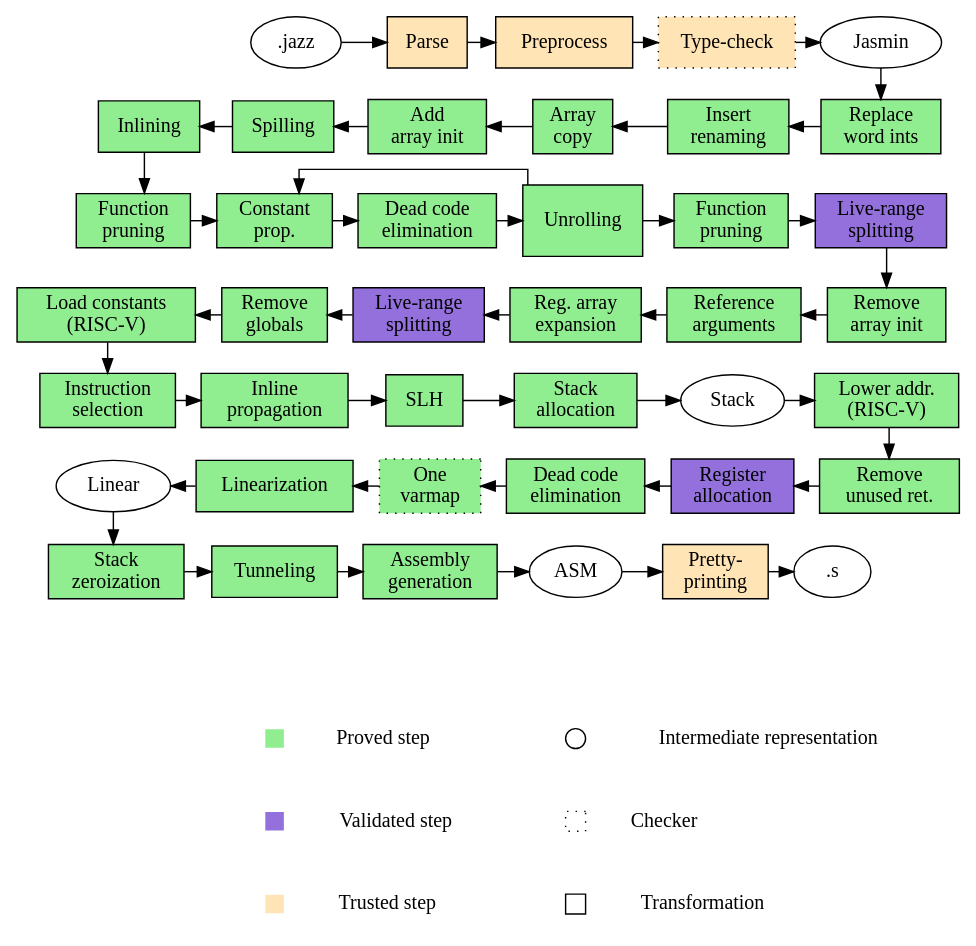
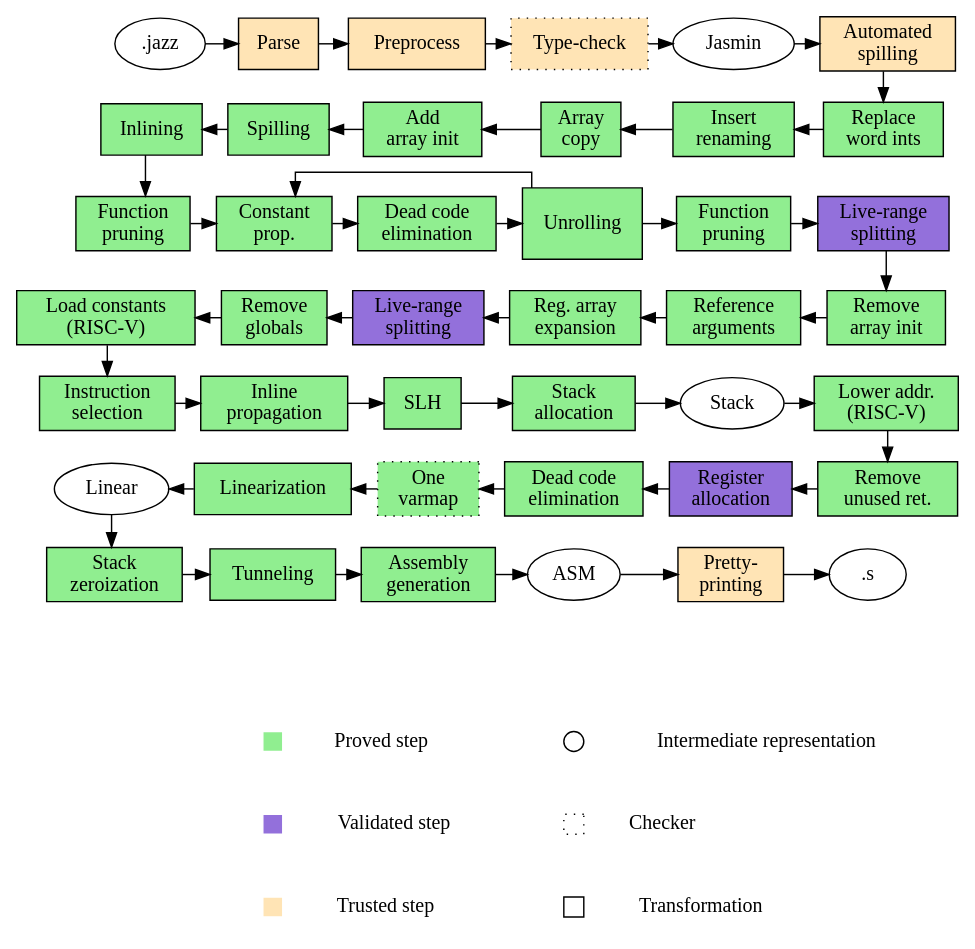
The diagram in docs/source/compiler/passes/passes.dot (jasmin-lang/jasmin), drawn with Graphviz before and after one commit. The commit also changed 1 other file, not shown here.

Commit message:
doc: add auto_spill to the list of passes

```diff
--- a/docs/source/compiler/passes/passes.dot
+++ b/docs/source/compiler/passes/passes.dot
@@ -1,195 +1,200 @@
 digraph {
   ranksep=.3;
   graph [splines=ortho];
   // Disable tooltip by default
   node[shape=box, style=filled, colorscheme=SVG, tooltip=" "];
 
 // Nodes
 jazz[label=".jazz",shape=oval,fillcolor=white];
 parse[label="Parse",fillcolor=moccasin];
 preprocess[label="Preprocess",fillcolor=moccasin];
 typing[label="Type-check",style="filled,dotted",fillcolor=moccasin];
 jasmin[label="Jasmin",shape=oval,fillcolor=white];
 
+autospill[label="Automated\nspilling",fillcolor=moccasin,href="auto_spill.html",target="_top",tooltip="Insert spilling automatically (experimental)"];
 wintword[label="Replace\nword ints",fillcolor=lightgreen,href="wint_word.html",target="_top",tooltip="Replace word ints"];
 renaming[label="Insert\nrenaming",fillcolor=lightgreen,href="insert_renaming.html",target="_top",tooltip="Insert renaming"];
 arraycopy[label="Array\ncopy",fillcolor=lightgreen,href="array_copy.html",target="_top",tooltip="Array copy"];
 addarrinit[label="Add\narray init",fillcolor=lightgreen,href="array_init.html",target="_top",tooltip="Add array init"];
 lowerspill[label="Spilling",fillcolor=lightgreen,href="lower_spill.html",target="_top",tooltip="Lowering of spills"];
 inline[label="Inlining",fillcolor=lightgreen,href="function_inlining.html",target="_top",tooltip="Function inlining"];
 
 rmfunc[label="Function\npruning",fillcolor=lightgreen,href="removal_unused_functions.html",target="_top",tooltip="Function pruning"];
 cstprop[label="Constant\nprop.",fillcolor=lightgreen,href="constant_propagation.html",target="_top",tooltip="Constant propagation"];
 dce[label="Dead code\nelimination",fillcolor=lightgreen,href="deadcode_elimination.html",target="_top",tooltip="Dead code elimination"];
 unroll[label="Unrolling",fillcolor=lightgreen, href="loop_unrolling.html",target="_top",tooltip="Loop unrolling"];
 rmfunc2[label="Function\npruning",fillcolor=lightgreen,href="removal_unused_functions.html",target="_top",tooltip="Function pruning"];
 splitting[label="Live-range\nsplitting",fillcolor=mediumpurple,href="liverange_splitting.html",target="_top",tooltip="Live-range splitting"];
 
 rmarrinit[label="Remove\narray init",fillcolor=lightgreen,href="array_init_rm.html",target="_top",tooltip="Remove array init"];
 makeref[label="Reference\narguments",fillcolor=lightgreen,href="make_ref_arguments.html",target="_top",tooltip="Make reference arguments"];
 arrexp[label="Reg. array\nexpansion",fillcolor=lightgreen,href="expansion_reg_arrays.html",target="_top",tooltip="Register arrays expansion"];
 splitting2[label="Live-range\nsplitting",fillcolor=mediumpurple,href="liverange_splitting.html",target="_top",tooltip="Live-range splitting"];
 rmglobals[label="Remove\nglobals",fillcolor=lightgreen,href="remove_global.html",target="_top",tooltip="Removal of globals"];
 loadconst[label="Load constants\n(RISC-V)",fillcolor=lightgreen,href="load_constants.html",target="_top",tooltip="Load constants (RISC-V)"];
 
 lowering[label="Instruction\nselection",fillcolor=lightgreen,href="inst_select.html",target="_top",tooltip="Instruction selection"];
 propagate[label="Inline\npropagation",fillcolor=lightgreen,href="propagate_inline.html",target="_top",tooltip="Inline propagation"];
 slhlowering[label="SLH",fillcolor=lightgreen,href="lower_slh.html",target="_top",tooltip="Lowering of SLH"];
 stkalloc[label="Stack\nallocation",fillcolor=lightgreen,href="stack_alloc.html",target="_top",tooltip="Stack allocation"];
 stack[label="Stack",shape=oval,fillcolor=white];
 loweraddr[label="Lower addr.\n(RISC-V)",fillcolor=lightgreen,href="lower_addr.html",target="_top",tooltip="Lowering of complex addressing mode (RISC-V)"];
 
 rmreturn[label="Remove\nunused ret.",fillcolor=lightgreen,href="rm_unused_ret_value.html",target="_top",tooltip="Remove unused return values"];
 ralloc[label="Register\nallocation",fillcolor=mediumpurple,href="reg_alloc.html",target="_top",tooltip="Register allocation"];
 dce2[label="Dead code\nelimination",fillcolor=lightgreen,href="deadcode_elimination.html",target="_top",tooltip="Dead code elimination"];
 onevarmap[label="One\nvarmap",style="filled,dotted",fillcolor=lightgreen,href="merge_varmaps.html",target="_top",tooltip="One varmap checker"];
 linearization[label="Linearization",fillcolor=lightgreen,href="linearization.html",target="_top",tooltip="Linearization"];
 linear[label="Linear",shape=oval,fillcolor=white];
 
 stackzero[label="Stack\nzeroization",fillcolor=lightgreen,href="stack_zero.html",target="_top",tooltip="Stack zeroization"];
 tunnel[label="Tunneling",fillcolor=lightgreen,href="tunneling.html",target="_top",tooltip="Tunneling"];
 asmgen[label="Assembly\ngeneration",fillcolor=lightgreen,href="asm_gen.html",target="_top",tooltip="Assembly generation"];
 asm[label="ASM",shape=oval,fillcolor=white];
 prettyprint[label="Pretty-\nprinting",fillcolor=moccasin];
 asmfile[label=".s",shape=oval,fillcolor=white];
 
 
 // Edges
 subgraph line1 {
   rank=same;
 
   jazz -> parse;
   parse -> preprocess;
   preprocess -> typing;
   typing -> jasmin;
+  jasmin -> autospill;
 }
 
-jasmin -> wintword;
+autospill -> wintword;
 
 subgraph line2 {
   edge[dir=back];
   rank=same;
 
   inline -> lowerspill;
   lowerspill -> addarrinit;
   addarrinit -> arraycopy;
   arraycopy -> renaming;
   renaming -> wintword;
 }
 
 inline -> rmfunc;
 
 subgraph line3 {
   rank=same;
 
   rmfunc -> cstprop;
   unroll[height=0.7];
   cstprop -> dce;
   dce -> unroll;
   unroll -> rmfunc2;
   cstprop -> unroll [dir=back];
 
   rmfunc2 -> splitting;
 }
 
 splitting -> rmarrinit;
 
 subgraph line4 {
   edge[dir=back];
   rank=same;
 
   loadconst -> rmglobals;
   rmglobals -> splitting2;
   splitting2 -> arrexp;
   arrexp -> makeref;
   makeref -> rmarrinit;
 }
 
 loadconst -> lowering;
 
 subgraph line5 {
   rank=same;
 
   lowering -> propagate;
   propagate -> slhlowering;
   slhlowering -> stkalloc;
   stkalloc -> stack;
   stack -> loweraddr;
 }
 
 loweraddr -> rmreturn;
 
 subgraph line6 {
   rank=same;
   edge[dir=back];
 
   linear -> linearization;
   linearization -> onevarmap;
   onevarmap -> dce2;
   dce2 -> ralloc;
   ralloc -> rmreturn;
 }
 
 linear -> stackzero;
 
 subgraph line7 {
   rank=same;
 
   stackzero -> tunnel;
   tunnel -> asmgen;
   asmgen -> asm;
   asm -> prettyprint;
   prettyprint -> asmfile;
 }
 
 subgraph caption {
   node[color=white,fillcolor=white];
 
   proved[label="",fillcolor=lightgreen,fixedsize=shape,width=0.2,height=0.2];
   provedlbl[label="Proved step"];
   validated[label="",fillcolor=mediumpurple,fixedsize=shape,width=0.2,height=0.2];
   validatedlbl[label="Validated step"];
   trusted[label="",fillcolor=moccasin,fixedsize=shape,width=0.2,height=0.2];
   trustedlbl[label="Trusted step"];
 
   intermediate[label="",shape=oval,color=black,fixedsize=shape,label="",width=0.2,height=0.2];
   intermediatelbl[label="Intermediate representation"];
   checker[label="",style=dotted,color=black,fixedsize=shape,label="",width=0.2,height=0.2];
   checkerlbl[label="Checker"];
   transformation[label="",color=black,fixedsize=shape,width=0.2,height=0.2];
   transformationlbl[label="Transformation"];
 
   edge[style=invis];
   { rank=same; proved -> provedlbl; intermediate -> intermediatelbl; }
   proved -> validated;
   intermediate -> checker;
   { rank=same; validated -> validatedlbl; checker -> checkerlbl; }
   validated -> trusted;
   checker -> transformation;
   { rank=same; trusted -> trustedlbl; transformation -> transformationlbl; }
 }
 
 // Hacks to make the graph prettier
 edge[style=invis];
 
 // This better aligns the blocks
+jazz -> inline;
 rmfunc -> loadconst;
-jazz -> lowerspill -> cstprop -> rmglobals -> propagate -> linearization -> tunnel;
-parse -> addarrinit -> dce -> splitting2 -> slhlowering -> onevarmap -> asmgen;
-preprocess -> arraycopy -> unroll -> arrexp -> stkalloc -> dce2 -> asm;
-typing -> renaming -> rmfunc2 -> makeref -> stack -> ralloc -> prettyprint;
+lowering -> linear;
+parse -> lowerspill -> cstprop -> rmglobals -> propagate -> linearization -> tunnel;
+preprocess -> addarrinit -> dce -> splitting2 -> slhlowering -> onevarmap -> asmgen;
+typing -> arraycopy -> unroll -> arrexp -> stkalloc -> dce2 -> asm;
+jasmin -> renaming -> rmfunc2 -> makeref -> stack -> ralloc -> prettyprint;
 wintword -> splitting;
 rmarrinit -> loweraddr;
+rmreturn -> asmfile;
 
 // This puts the caption below the graph
 proved0[style=invis];
 tunnel -> proved0 -> proved;
 intermediate0[style=invis];
 asm -> intermediate0 -> intermediate;
 
 // The 2 following lines allow the loop back from unroll to cstprop
 // to be above instead of below the second line.
 cstprop -> rmglobals;
 cstprop -> rmglobals;
 
 }
```
